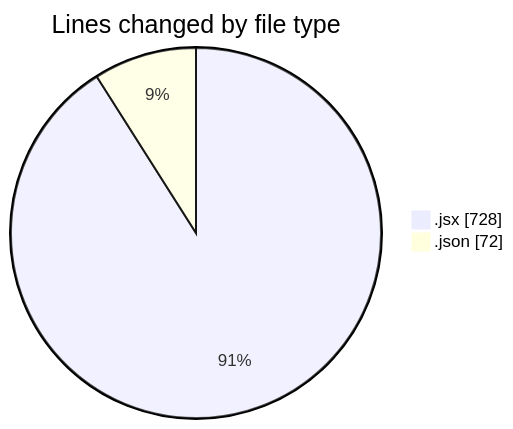
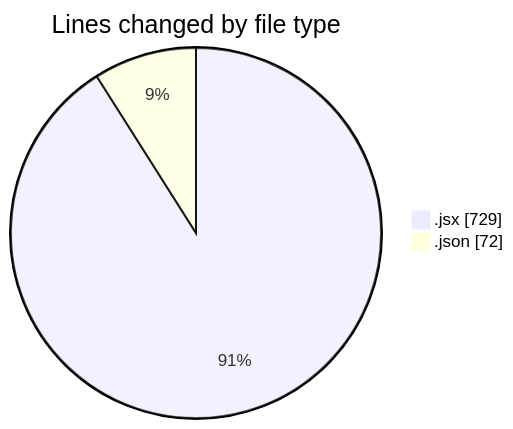
One commit to momahboobian/code-tracking changed the first of 2 diagrams in 2026-03-19/commonwealth-front-end-task/README.md. Above: the diagram before and after it, drawn with Mermaid. The commit also changed other lines of this file and 1 other file, not shown here.

````diff
--- a/2026-03-19/commonwealth-front-end-task/README.md
+++ b/2026-03-19/commonwealth-front-end-task/README.md
@@ -23,6 +23,6 @@
 ```mermaid
 pie showData
 title Lines changed by file type
-".jsx" : 728
+".jsx" : 729
 ".json" : 72
 ```
````
